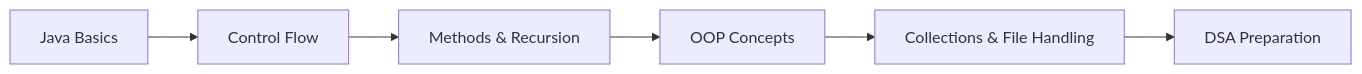
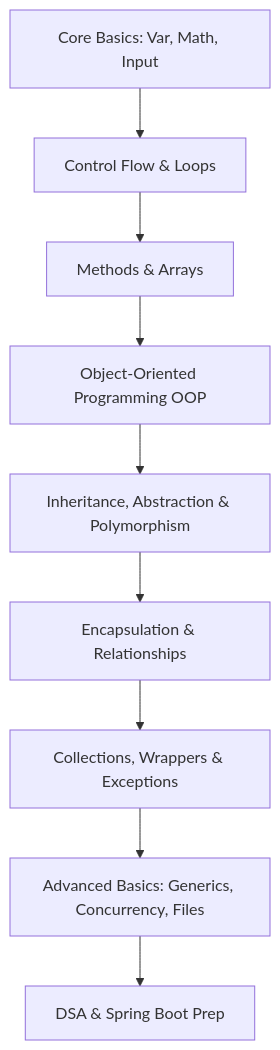
One commit to harshwardhan1507/java changed the diagram in README.md. Above: the diagram before and after it, drawn with Mermaid. The commit also changed other lines of this file and 3 other files, not shown here.

````diff
--- a/README.md
+++ b/README.md
@@ -28,8 +21,11 @@
 ```mermaid
-graph LR
-A[Java Basics] --> B[Control Flow]
-B --> C[Methods & Recursion]
-C --> D[OOP Concepts]
-D --> E[Collections & File Handling]
-E --> F[DSA Preparation]
+graph TD
+    A[Core Basics: Var, Math, Input] --> B[Control Flow & Loops]
+    B --> C[Methods & Arrays]
+    C --> D[Object-Oriented Programming OOP]
+    D --> E[Inheritance, Abstraction & Polymorphism]
+    E --> F[Encapsulation & Relationships]
+    F --> G[Collections, Wrappers & Exceptions]
+    G --> H[Advanced Basics: Generics, Concurrency, Files]
+    H --> I[DSA & Spring Boot Prep]
 ```
````
